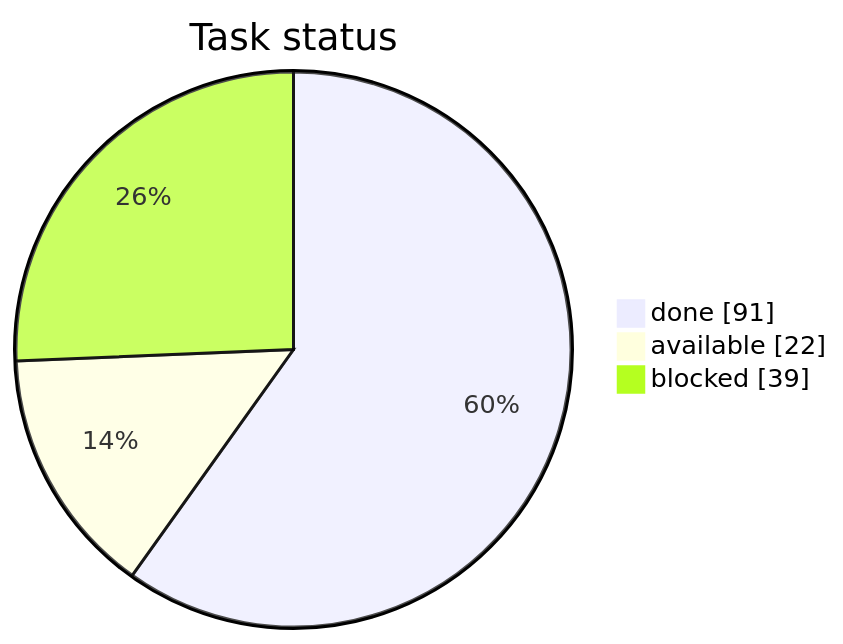
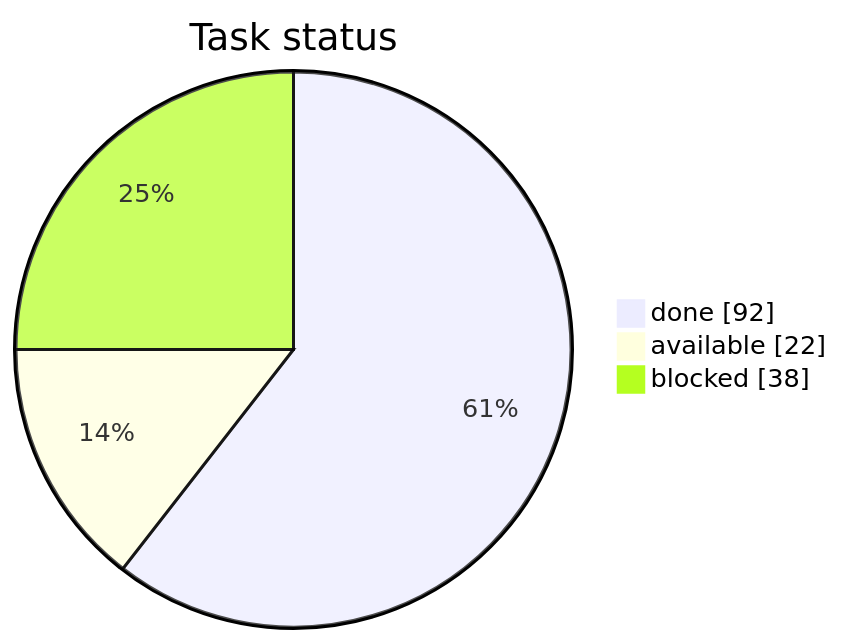
One commit to artemiiShabanov/RallyRivals changed the first of 3 diagrams in STATUS.md. Above: the diagram before and after it, drawn with Mermaid. The commit also changed other lines of this file and 5 other files, not shown here.

````diff
--- a/STATUS.md
+++ b/STATUS.md
@@ -7,7 +7,7 @@
 ```mermaid
 pie showData
     title Task status
-    "done" : 91
+    "done" : 92
     "available" : 22
-    "blocked" : 39
+    "blocked" : 38
 ```
````
